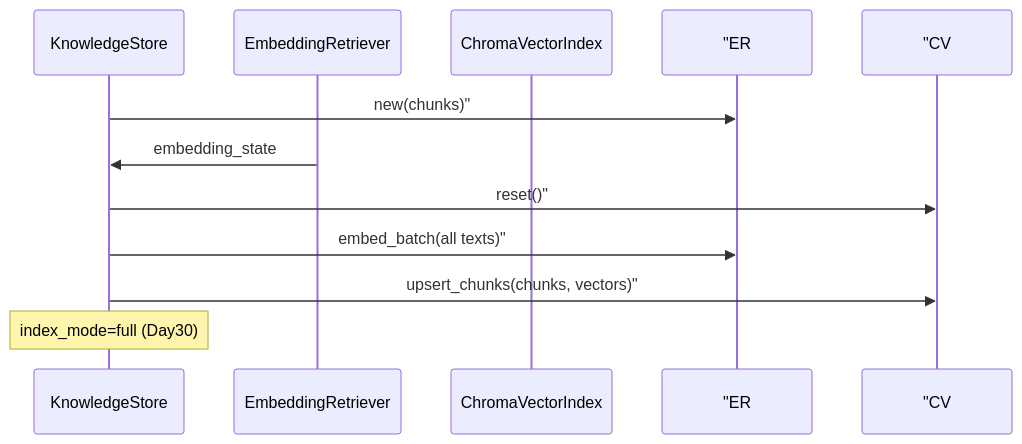
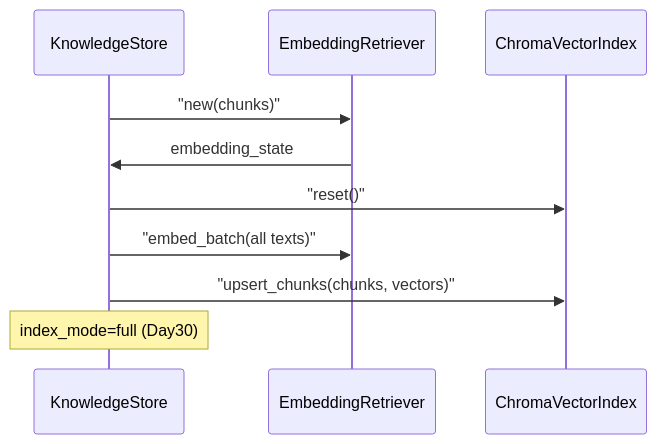
Before and after one commit to ab6539763/70_days_course_plus: the second of 5 diagrams in course/day29/03_架构设计.md, drawn with Mermaid. The commit also changed other lines of this file and 80 other files, not shown here.

First line of the commit message:
fix(course): 修复 Mermaid 图表渲染报错 + 同步嵌入代码快照

````diff
--- a/course/day29/03_架构设计.md
+++ b/course/day29/03_架构设计.md
@@ -58,12 +58,12 @@
 ```mermaid
 sequenceDiagram
     participant KS as KnowledgeStore
     participant ER as EmbeddingRetriever
     participant CV as ChromaVectorIndex
-    KS->> "ER: new(chunks)"
+    KS->>ER: "new(chunks)"
     ER->>KS: embedding_state
-    KS->> "CV: reset()"
-    KS->> "ER: embed_batch(all texts)"
-    KS->> "CV: upsert_chunks(chunks, vectors)"
+    KS->>CV: "reset()"
+    KS->>ER: "embed_batch(all texts)"
+    KS->>CV: "upsert_chunks(chunks, vectors)"
     Note over KS: index_mode=full (Day30)
 ```
````
